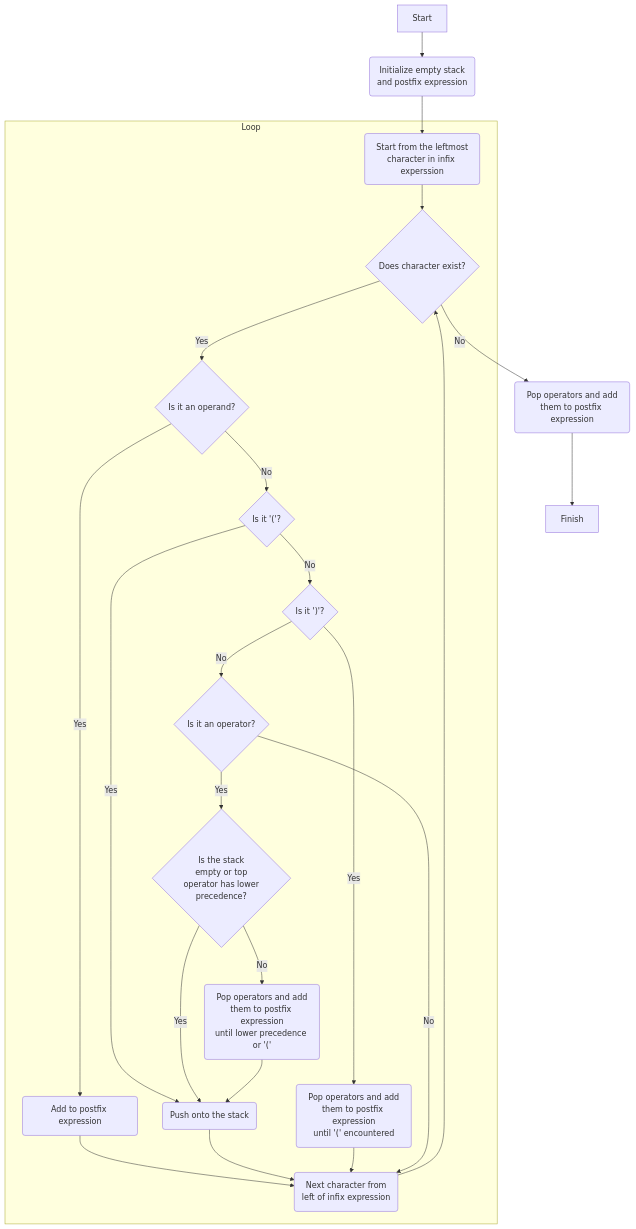
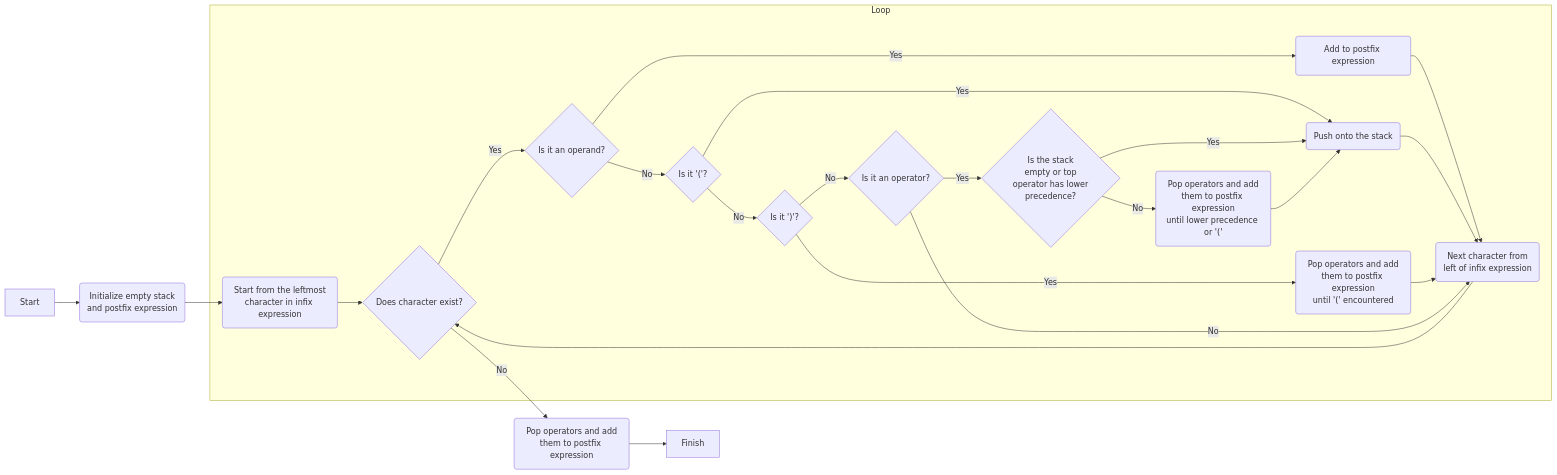
The second of 6 diagrams in README.md (bornalgo/cpp-expression-conversions), drawn with Mermaid before and after one commit. The commit also changed other lines of this file, not shown here.

````diff
--- a/README.md
+++ b/README.md
@@ -209,27 +163,27 @@
 ```mermaid
-graph TD;
+graph LR;
 
 Start --> Initialize("Initialize empty stack\nand postfix expression")
-Initialize --> LoopStart("Start from the leftmost\ncharacter in infix experssion")
+Initialize --> LoopStart("Start from the leftmost\ncharacter in infix expression")
 subgraph Loop
 LoopStart --> Exists{"Does character exist?"}
 Exists --> |Yes| IsOperand{"Is it an operand?"}
 IsOperand --> |Yes| Add("Add to postfix expression")
 Add --> Next("Next character from\nleft of infix expression")
-IsOperand --> |No| IsOpenning{"Is it '('?"}
-IsOpenning --> |Yes| Push("Push onto the stack")
-IsOpenning --> |No| IsClosing{"Is it ')'?"}
+IsOperand --> |No| IsOpening{"Is it '('?"}
+IsOpening --> |Yes| Push("Push onto the stack")
+IsOpening --> |No| IsClosing{"Is it ')'?"}
 Push --> Next
 IsClosing --> |Yes| Pop1("Pop operators and add\nthem to postfix expression\nuntil '(' encountered")
 Pop1 --> Next
 IsClosing --> |No| IsOperator{"Is it an operator?"}
 IsOperator --> |Yes| Check{"Is the stack\nempty or top\noperator has lower\nprecedence?"}
 Check --> |Yes| Push
 Check --> |No| Pop2("Pop operators and add\nthem to postfix expression\nuntil lower precedence or '('")
 Pop2 --> Push
 IsOperator --> |No| Next
 Next --> Exists
 end
 Exists --> |No| LoopExit("Pop operators and add\nthem to postfix expression")
 LoopExit --> Finish
 ```
````
